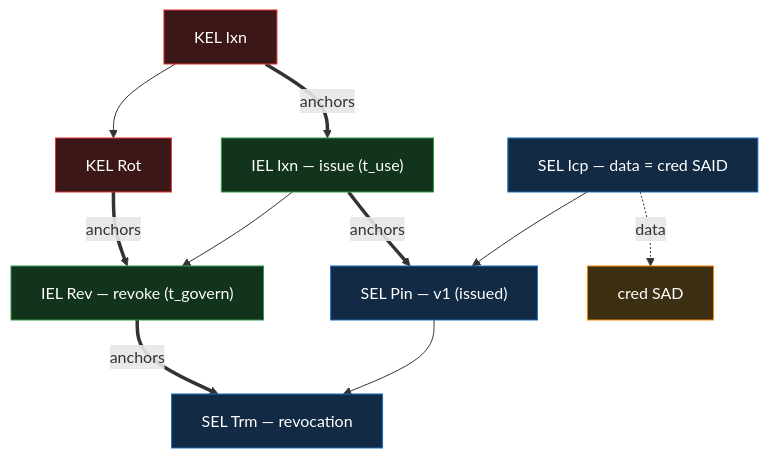
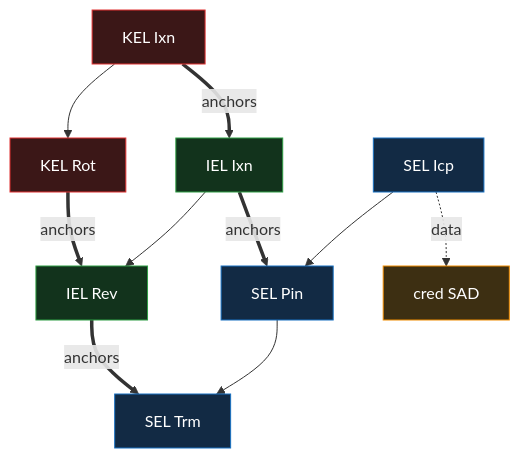
One commit to jasoncolburne/vdti changed the seventh of 7 diagrams in docs/design/primitives/data/event-logs/event-shape.md. Above: the diagram before and after it, drawn with Mermaid. The commit also changed other lines of this file and 7 other files, not shown here.

Commit message:
VDTI-10: Diagram updates

````diff
--- a/docs/design/primitives/data/event-logs/event-shape.md
+++ b/docs/design/primitives/data/event-logs/event-shape.md
@@ -578,16 +630,16 @@
 ```mermaid
 flowchart TB
   kIxn["KEL Ixn"]:::kel --> kRot["KEL Rot"]:::kel
-  iIxn["IEL Ixn — issue (t_use)"]:::iel --> iRev["IEL Rev — revoke (t_govern)"]:::iel
-  sIcp["SEL Icp — data = cred SAID"]:::sel --> sPin["SEL Pin — v1 (issued)"]:::sel --> sTrm["SEL Trm — revocation"]:::sel
+  iIxn["IEL Ixn"]:::iel --> iRev["IEL Rev"]:::iel
+  sIcp["SEL Icp"]:::sel --> sPin["SEL Pin"]:::sel --> sTrm["SEL Trm"]:::sel
   Cred["cred SAD"]:::doc
   kIxn ==>|anchors| iIxn
   kRot ==>|anchors| iRev
   iIxn ==>|anchors| sPin
   iRev ==>|anchors| sTrm
   sIcp -.->|data| Cred
   classDef kel fill:#3b1717,stroke:#e03131,color:#fff
   classDef iel fill:#12331c,stroke:#2f9e44,color:#fff
   classDef sel fill:#122a44,stroke:#1971c2,color:#fff
   classDef doc fill:#3d2f12,stroke:#f08c00,color:#fff
 ```
````
